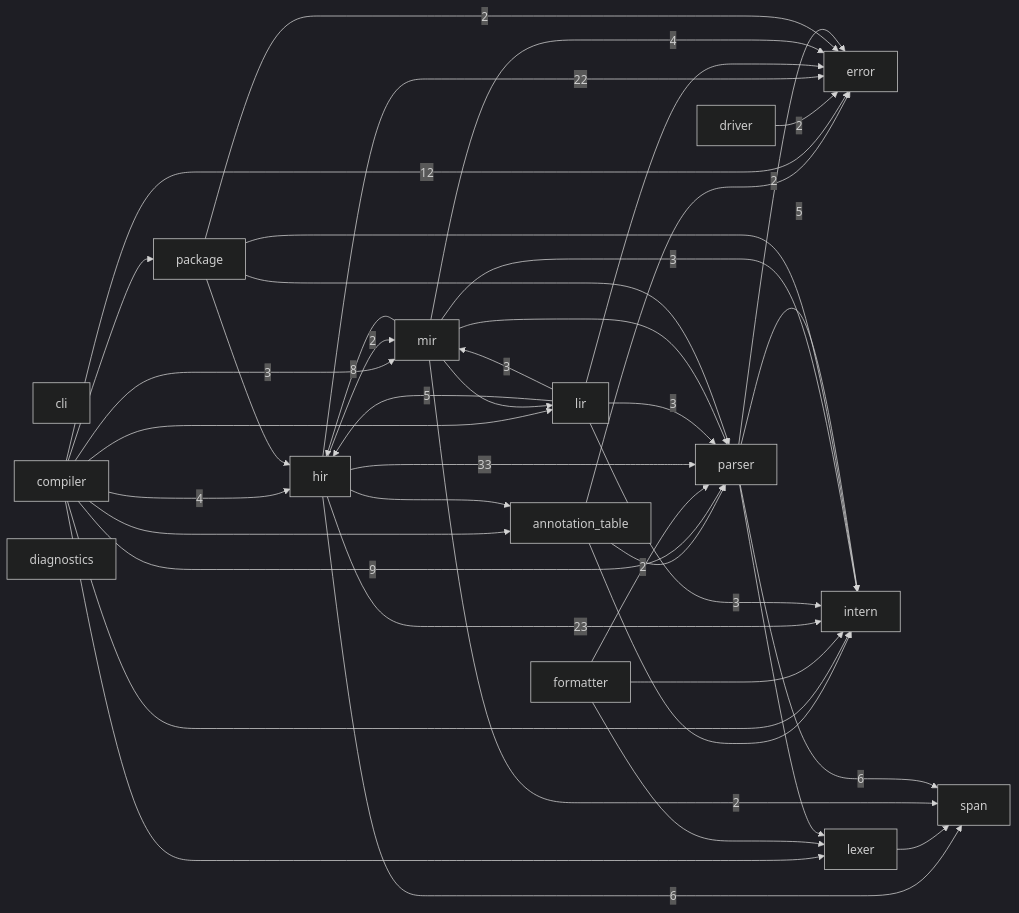
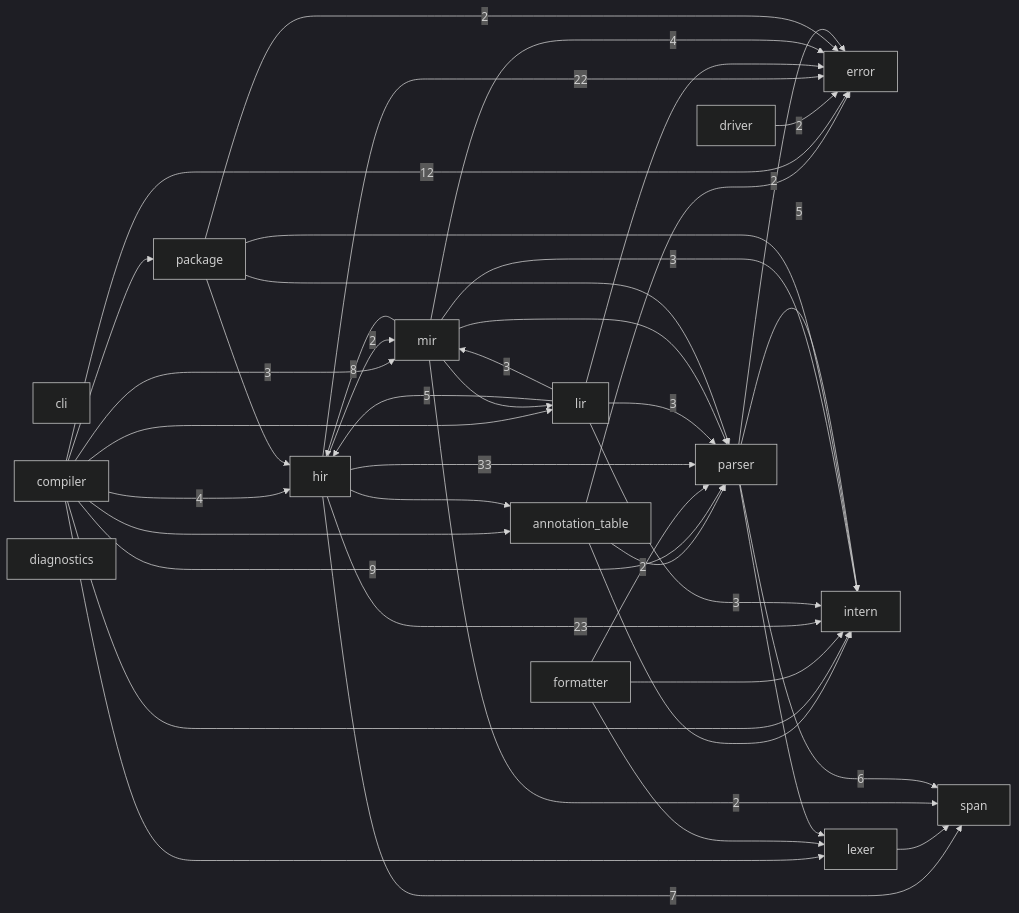
The diagram in docs/module-graph.md (ayanami1ei/Ayanami-language), drawn with Mermaid (dark theme) before and after one commit. The commit also changed other lines of this file and 5 other files, not shown here.

````diff
--- a/docs/module-graph.md
+++ b/docs/module-graph.md
@@ -6,60 +6,60 @@
 ```mermaid
 graph LR
     annotation_table
     cli
     compiler
     diagnostics
     driver
     error
     formatter
     hir
     intern
     lexer
     lir
     mir
     package
     parser
     span
     annotation_table --> error
     annotation_table --> intern
     annotation_table --> parser
     compiler --> annotation_table
     compiler -->|12| error
     compiler -->|4| hir
     compiler --> intern
     compiler --> lexer
     compiler --> lir
     compiler -->|3| mir
     compiler --> package
     compiler -->|9| parser
     driver -->|2| error
     formatter --> intern
     formatter --> lexer
     formatter -->|2| parser
     hir --> annotation_table
     hir -->|22| error
     hir -->|23| intern
     hir -->|2| mir
     hir -->|33| parser
-    hir -->|6| span
+    hir -->|7| span
     lexer --> span
     lir --> error
     lir -->|5| hir
     lir -->|3| intern
     lir -->|3| mir
     lir -->|3| parser
     mir -->|4| error
     mir -->|8| hir
     mir -->|3| intern
     mir --> lir
     mir --> parser
     mir -->|2| span
     package -->|2| error
     package --> hir
     package --> intern
     package --> parser
     parser -->|2| error
     parser -->|5| intern
     parser --> lexer
     parser -->|6| span
 ```
````
